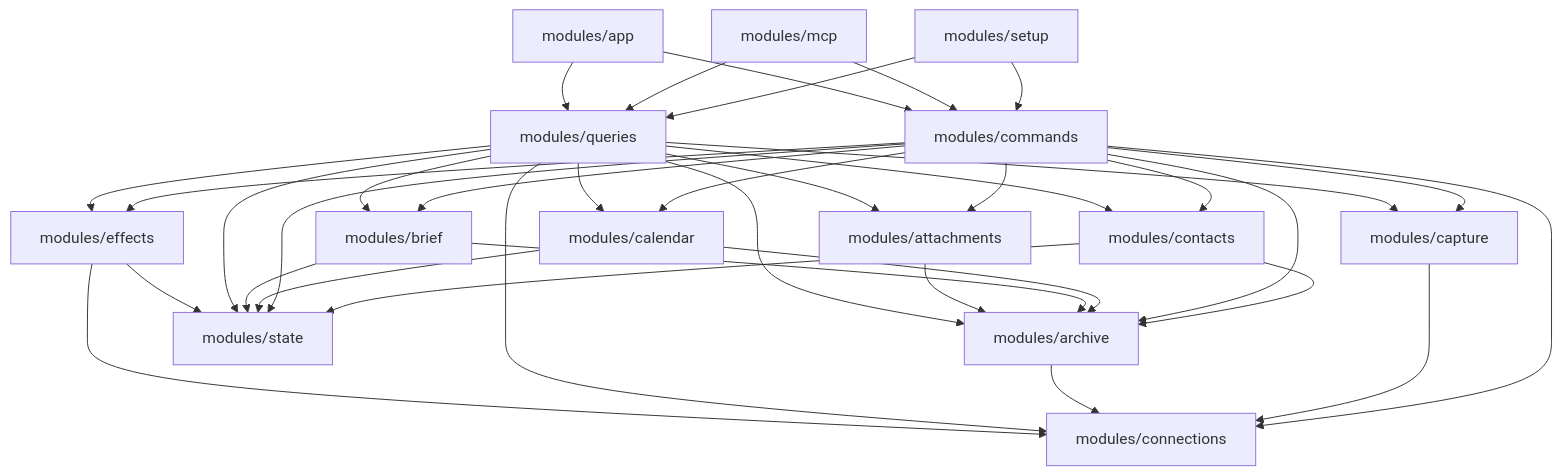
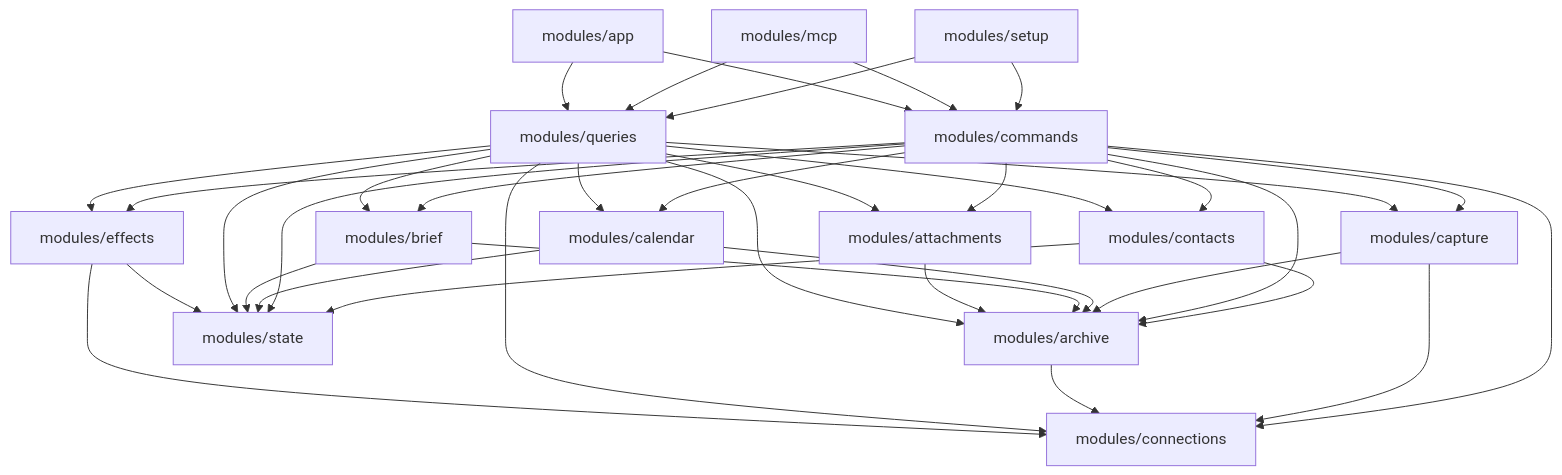
Before and after one commit to diligent-communications/diligent-communications: the diagram in map/README.md, drawn with Mermaid. The commit also changed other lines of this file and 29 other files, not shown here.

````diff
--- a/map/README.md
+++ b/map/README.md
@@ -11,52 +11,53 @@
 ```mermaid
 flowchart TD
     folder1["modules/app"]
     folder2["modules/archive"]
     folder3["modules/attachments"]
     folder4["modules/brief"]
     folder5["modules/calendar"]
     folder6["modules/capture"]
     folder7["modules/commands"]
     folder8["modules/connections"]
     folder9["modules/contacts"]
     folder10["modules/effects"]
     folder11["modules/mcp"]
     folder12["modules/queries"]
     folder13["modules/setup"]
     folder14["modules/state"]
     folder1 --> folder12
     folder1 --> folder7
     folder10 --> folder14
     folder10 --> folder8
     folder11 --> folder12
     folder11 --> folder7
     folder12 --> folder10
     folder12 --> folder14
     folder12 --> folder2
     folder12 --> folder3
     folder12 --> folder4
     folder12 --> folder5
     folder12 --> folder6
     folder12 --> folder8
     folder12 --> folder9
     folder13 --> folder12
     folder13 --> folder7
     folder2 --> folder8
     folder3 --> folder2
     folder4 --> folder14
     folder4 --> folder2
     folder5 --> folder14
     folder5 --> folder2
+    folder6 --> folder2
     folder6 --> folder8
     folder7 --> folder10
     folder7 --> folder14
     folder7 --> folder2
     folder7 --> folder3
     folder7 --> folder4
     folder7 --> folder5
     folder7 --> folder6
     folder7 --> folder8
     folder7 --> folder9
     folder9 --> folder14
     folder9 --> folder2
 ```
````
